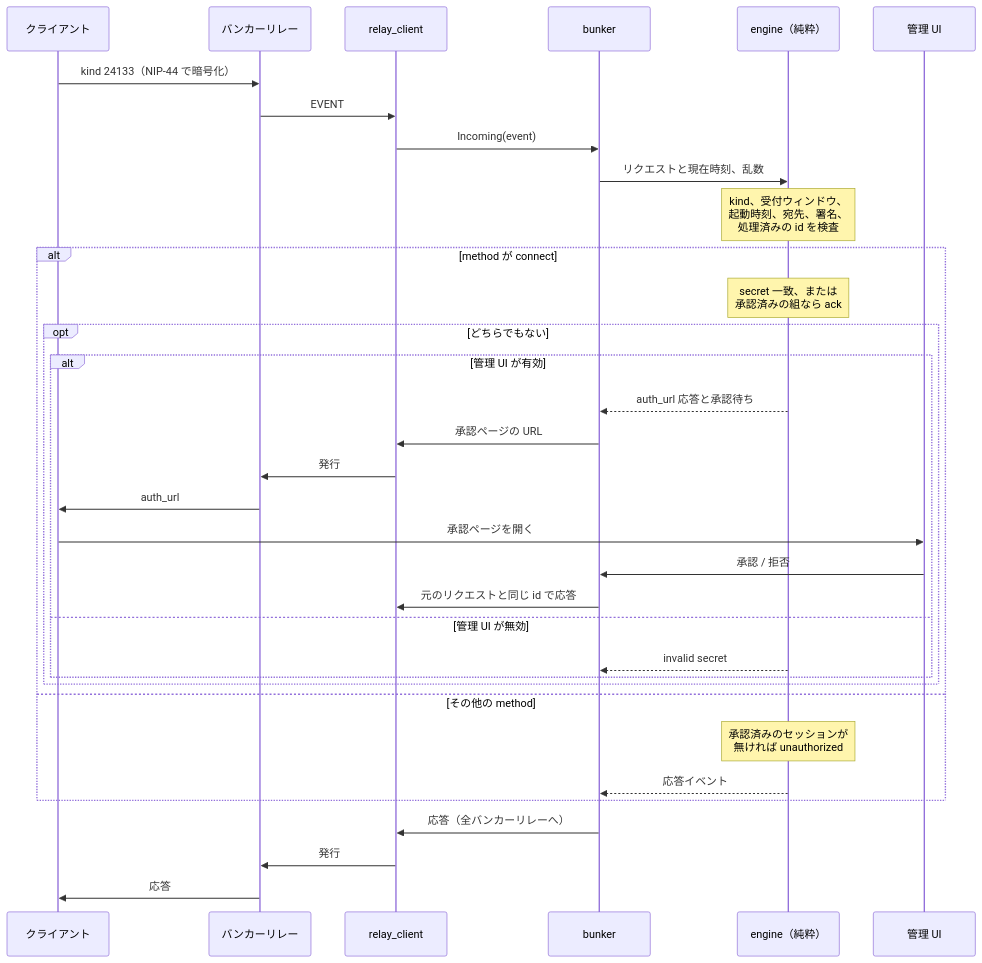
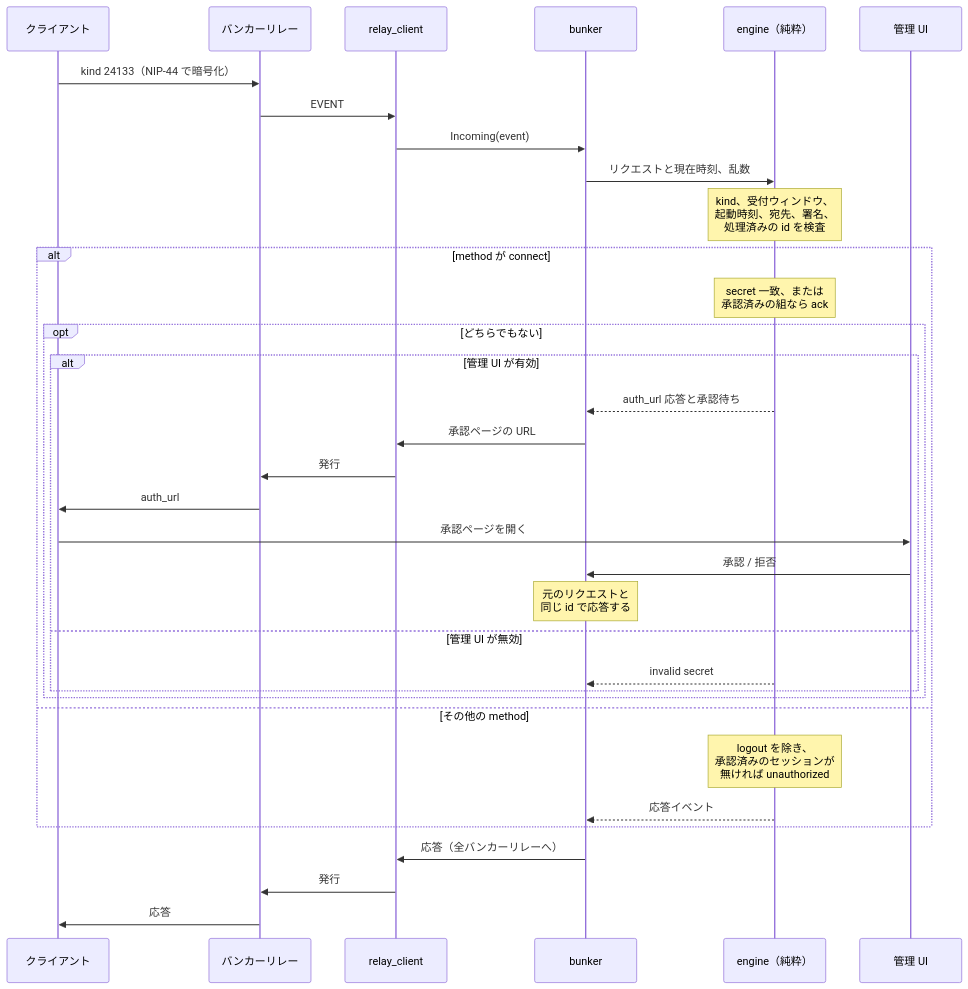
One commit to neverclear86/nostr-no-su changed the third of 4 diagrams in docs/architecture.md. Above: the diagram before and after it, drawn with Mermaid. The commit also changed other lines of this file and 1 other file, not shown here.

First line of the commit message:
docs: logout の扱いとソケットの死の検知方法を正す

````diff
--- a/docs/architecture.md
+++ b/docs/architecture.md
@@ -150,37 +152,37 @@
 ```mermaid
 sequenceDiagram
     participant client as クライアント
     participant relay as バンカーリレー
     participant rc as relay_client
     participant bk as bunker
     participant eng as engine（純粋）
     participant browser as 管理 UI
 
     client->>relay: kind 24133（NIP-44 で暗号化）
     relay->>rc: EVENT
     rc->>bk: Incoming(event)
     bk->>eng: リクエストと現在時刻、乱数
     Note over eng: kind、受付ウィンドウ、<br/>起動時刻、宛先、署名、<br/>処理済みの id を検査
     alt method が connect
         Note over eng: secret 一致、または<br/>承認済みの組なら ack
         opt どちらでもない
             alt 管理 UI が有効
                 eng-->>bk: auth_url 応答と承認待ち
                 bk->>rc: 承認ページの URL
                 rc->>relay: 発行
                 relay->>client: auth_url
                 client->>browser: 承認ページを開く
                 browser->>bk: 承認 / 拒否
-                bk->>rc: 元のリクエストと同じ id で応答
+                Note over bk: 元のリクエストと<br/>同じ id で応答する
             else 管理 UI が無効
                 eng-->>bk: invalid secret
             end
         end
     else その他の method
-        Note over eng: 承認済みのセッションが<br/>無ければ unauthorized
+        Note over eng: logout を除き、<br/>承認済みのセッションが<br/>無ければ unauthorized
         eng-->>bk: 応答イベント
     end
     bk->>rc: 応答（全バンカーリレーへ）
     rc->>relay: 発行
     relay->>client: 応答
 ```
````
